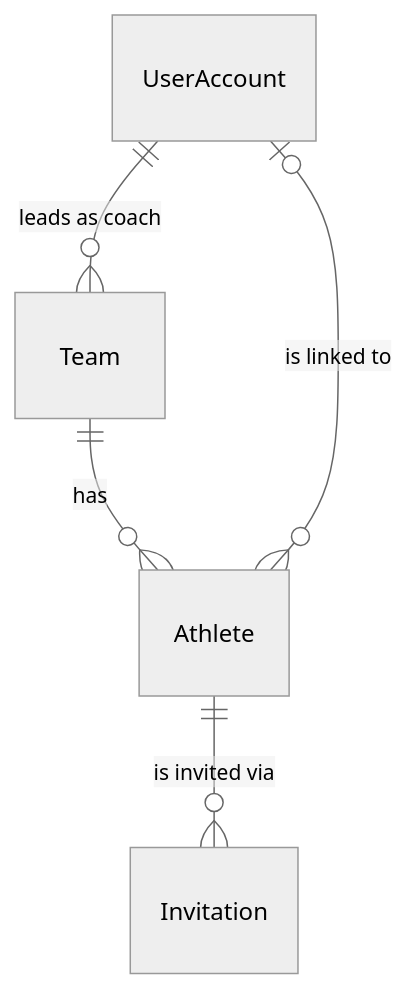
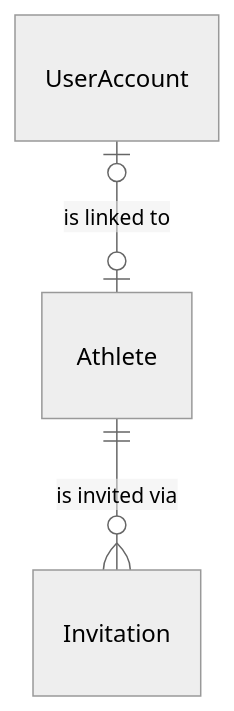
The second of 2 diagrams in openspec/domain-model.md (simonwesthoff/cool), drawn with Mermaid (neutral theme) before and after one commit. The commit also changed other lines of this file and 42 other files, not shown here.

````diff
--- a/openspec/domain-model.md
+++ b/openspec/domain-model.md
@@ -37,7 +51,5 @@
 ```mermaid
 erDiagram
-    UserAccount ||--o{ Team : "leads as coach"
-    Team ||--o{ Athlete : "has"
-    UserAccount |o--o{ Athlete : "is linked to"
+    UserAccount |o--o| Athlete : "is linked to"
     Athlete ||--o{ Invitation : "is invited via"
 ```
````
